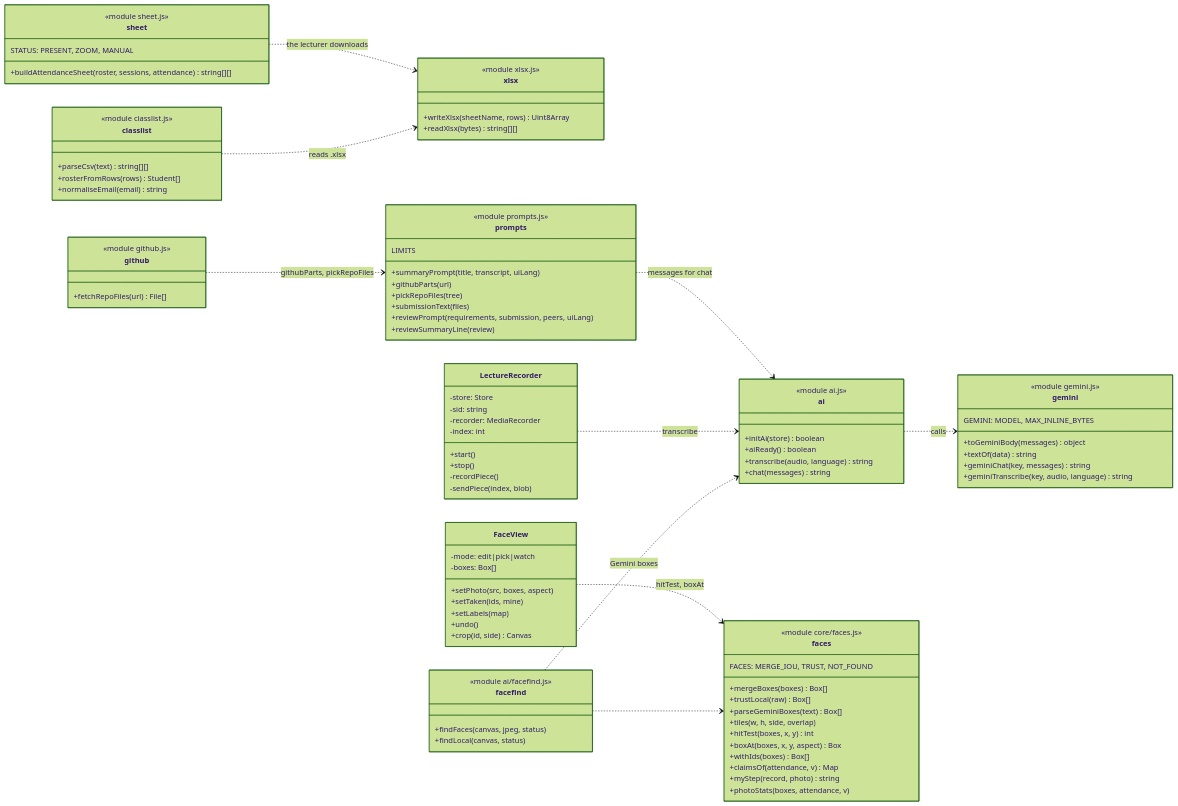
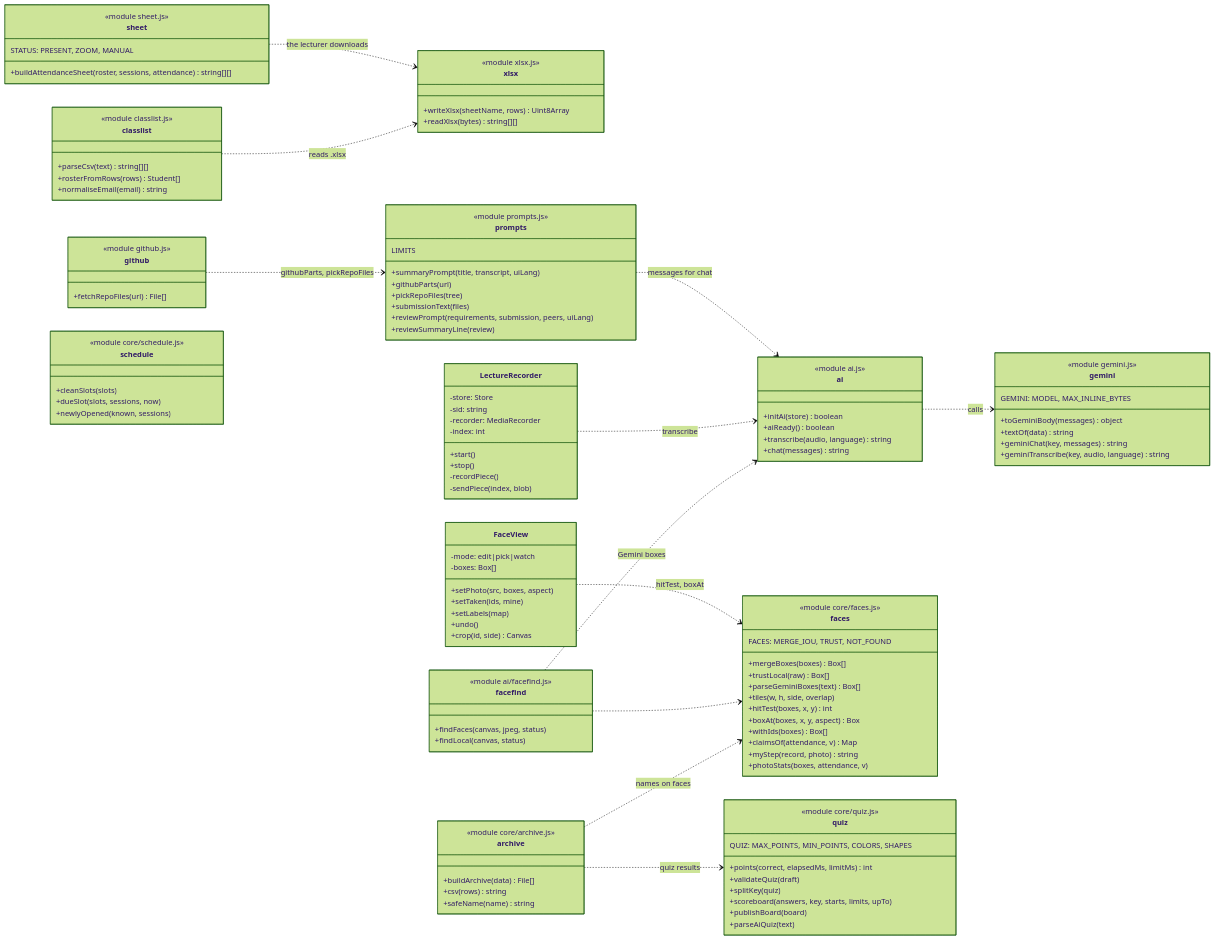
The third of 5 diagrams in docs/06_CLASS_DIAGRAMS.md (minion-dog/I2CS_Ex2-smart-class-demo), drawn with Mermaid (forest theme) before and after one commit. The commit also changed other lines of this file and 47 other files, not shown here.

```diff
--- a/docs/06_CLASS_DIAGRAMS.md
+++ b/docs/06_CLASS_DIAGRAMS.md
@@ -266,6 +266,30 @@
         +undo()
         +crop(id, side) Canvas
     }
+    class quiz {
+        <<module core/quiz.js>>
+        QUIZ: MAX_POINTS, MIN_POINTS, COLORS, SHAPES
+        +points(correct, elapsedMs, limitMs) int
+        +validateQuiz(draft)
+        +splitKey(quiz)
+        +scoreboard(answers, key, starts, limits, upTo)
+        +publishBoard(board)
+        +parseAiQuiz(text)
+    }
+    class schedule {
+        <<module core/schedule.js>>
+        +cleanSlots(slots)
+        +dueSlot(slots, sessions, now)
+        +newlyOpened(known, sessions)
+    }
+    class archive {
+        <<module core/archive.js>>
+        +buildArchive(data) File[]
+        +csv(rows) string
+        +safeName(name) string
+    }
+    archive ..> quiz : quiz results
+    archive ..> faces : names on faces
     facefind ..> faces
     facefind ..> ai : Gemini boxes
     FaceView ..> faces : hitTest, boxAt
```
